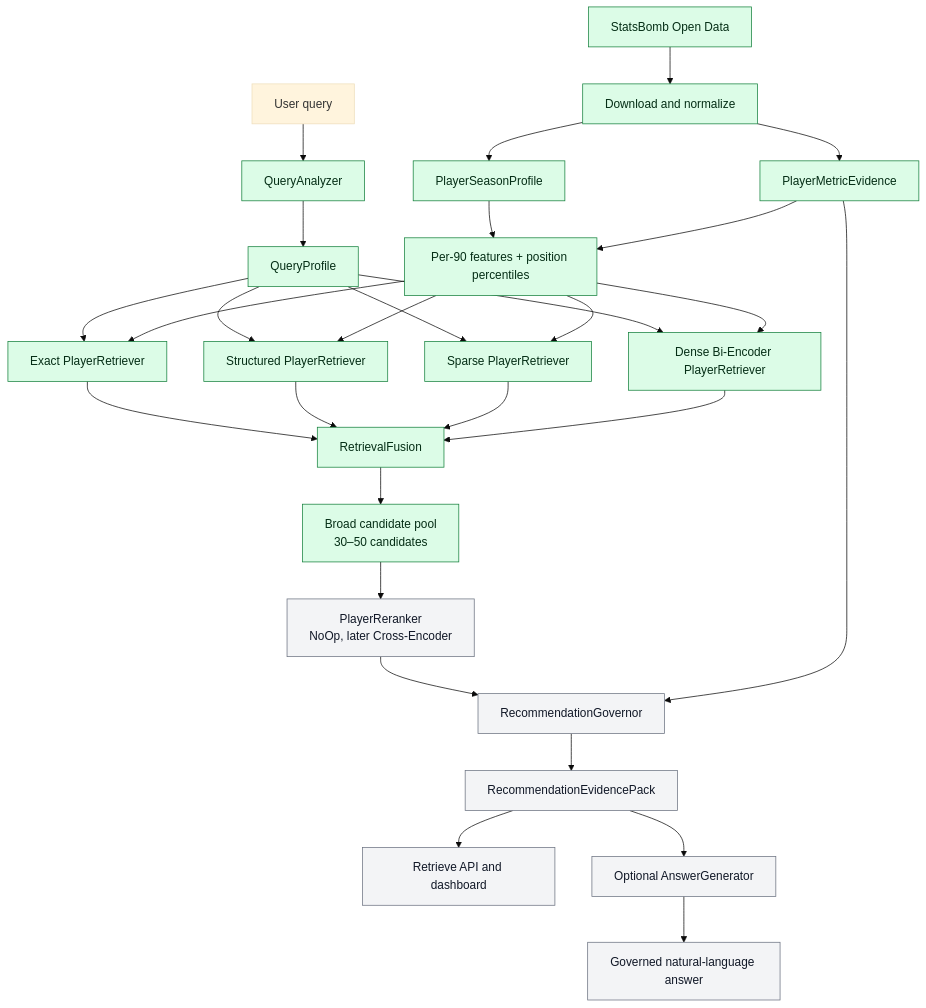
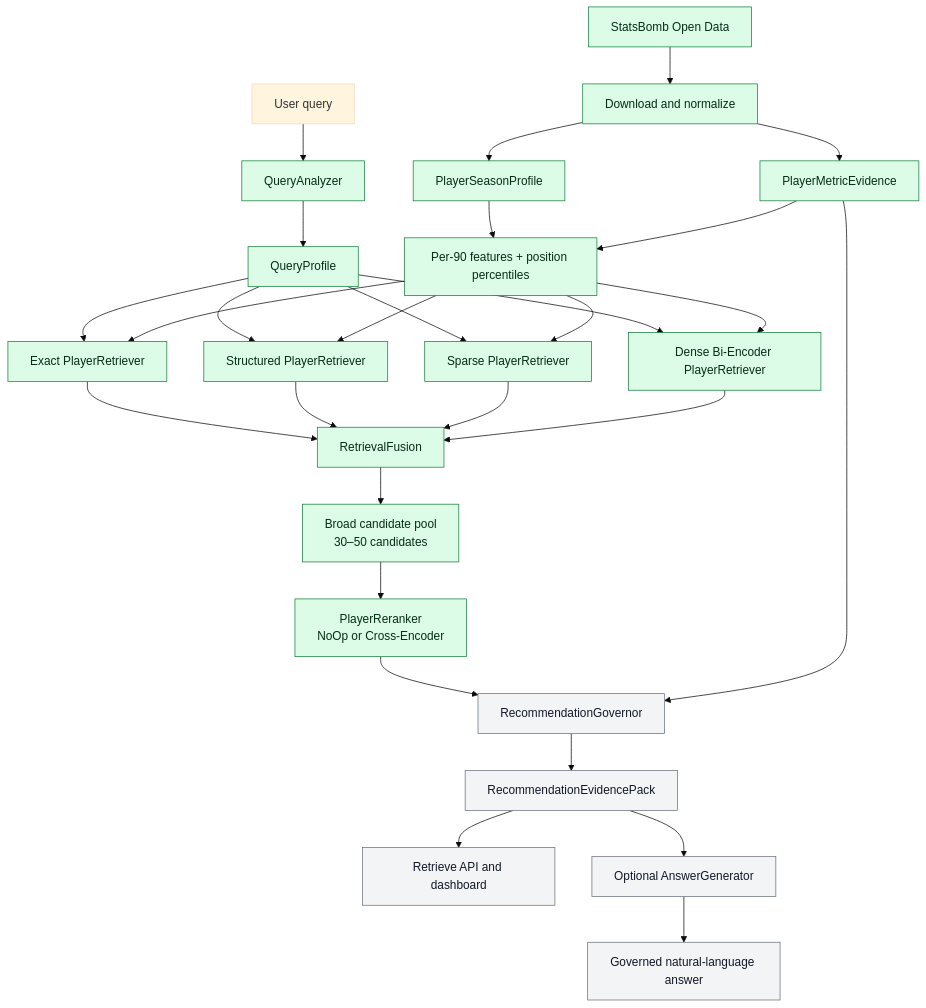
One commit to simonmang/ScoutRAG changed the first of 2 diagrams in README.md. Above: the diagram before and after it, drawn with Mermaid (base theme). The commit also changed other lines of this file and 17 other files, not shown here.

Commit message:
feat: add cross-encoder reranking evaluation

````diff
--- a/README.md
+++ b/README.md
@@ -33,40 +33,40 @@
 ```mermaid
 flowchart TD
     SB[StatsBomb Open Data] --> DN[Download and normalize]
     DN --> PS[PlayerSeasonProfile]
     DN --> ME[PlayerMetricEvidence]
     PS --> FE[Per-90 features + position percentiles]
     ME --> FE
 
     U[User query] --> QA[QueryAnalyzer]
     QA --> QP[QueryProfile]
 
     QP --> ER[Exact PlayerRetriever]
     QP --> SR[Structured PlayerRetriever]
     QP --> SP[Sparse PlayerRetriever]
     QP --> DR[Dense Bi-Encoder PlayerRetriever]
 
     ER --> F[RetrievalFusion]
     SR --> F
     SP --> F
     DR --> F
 
     F --> CP[Broad candidate pool<br/>30–50 candidates]
-    CP --> RR[PlayerReranker<br/>NoOp, later Cross-Encoder]
+    CP --> RR[PlayerReranker<br/>NoOp or Cross-Encoder]
     RR --> G[RecommendationGovernor]
     G --> EP[RecommendationEvidencePack]
     FE --> ER
     FE --> SR
     FE --> SP
     FE --> DR
     ME --> G
 
     EP --> API[Retrieve API and dashboard]
     EP --> AG[Optional AnswerGenerator]
     AG --> AA[Governed natural-language answer]
 
     classDef implemented fill:#dcfce7,stroke:#15803d,color:#052e16;
     classDef later fill:#f3f4f6,stroke:#6b7280,color:#111827;
-    class SB,DN,PS,ME,FE,QA,QP,ER,SR,SP,DR,F,CP implemented;
-    class RR,G,EP,API,AG,AA later;
+    class SB,DN,PS,ME,FE,QA,QP,ER,SR,SP,DR,F,CP,RR implemented;
+    class G,EP,API,AG,AA later;
 ```
````
